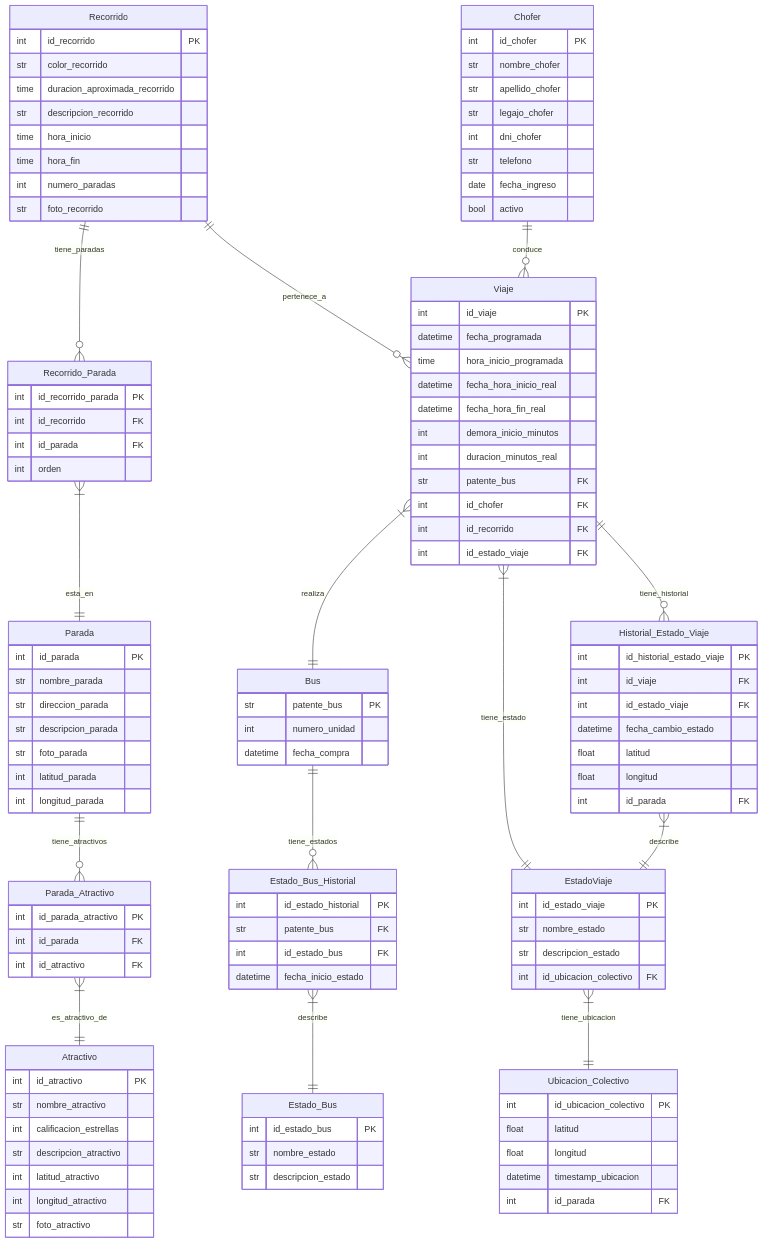
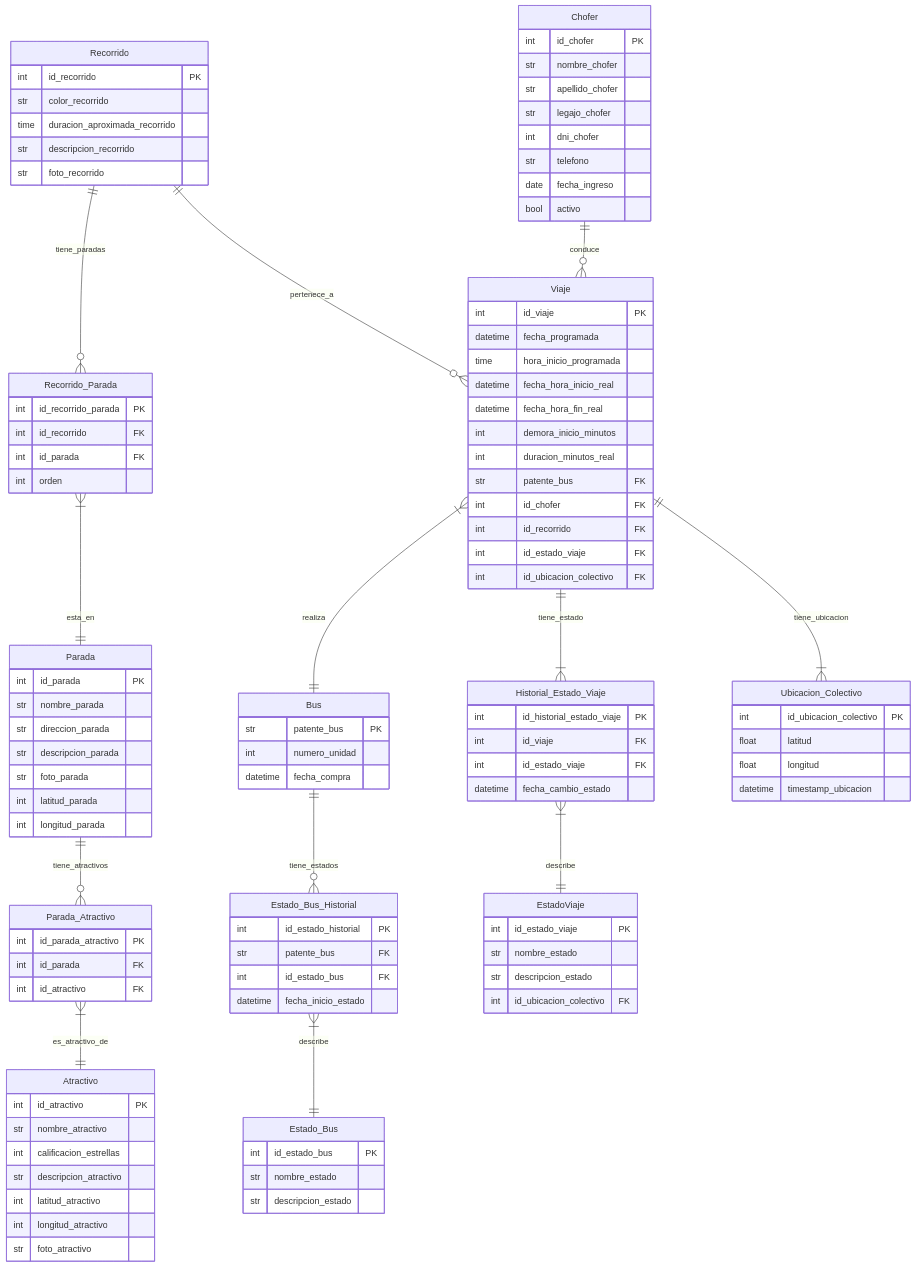
Before and after one commit to Villada-PG3/trabajo-practico-integrador-bus-turistico: the diagram in docs/er1.mmd, drawn with Mermaid. The commit also changed 11 other files, not shown here.

```diff
--- a/docs/er1.mmd
+++ b/docs/er1.mmd
@@ -1,129 +1,122 @@
 erDiagram
     Recorrido ||--o{ Recorrido_Parada : tiene_paradas
     Recorrido_Parada }|--|| Parada : esta_en
     Parada ||--o{ Parada_Atractivo : tiene_atractivos
     Parada_Atractivo }|--|| Atractivo : es_atractivo_de
 
     Bus ||--o{ Estado_Bus_Historial : tiene_estados
     Estado_Bus_Historial }|--|| Estado_Bus : describe
     Chofer ||--o{ Viaje : conduce
     Viaje }|--|| Bus : realiza
     Recorrido ||--o{ Viaje : pertenece_a
 
-    Viaje }|--|| EstadoViaje : tiene_estado 
-    EstadoViaje }|--|| Ubicacion_Colectivo : tiene_ubicacion
-    Viaje ||--o{ Historial_Estado_Viaje : tiene_historial
+    Viaje ||--|{ Historial_Estado_Viaje : tiene_estado 
+    Viaje ||--|{  Ubicacion_Colectivo : tiene_ubicacion
     Historial_Estado_Viaje }|--|| EstadoViaje : describe
 
     Recorrido {
         int id_recorrido PK
         str color_recorrido
         time duracion_aproximada_recorrido
         str descripcion_recorrido
-        time hora_inicio
-        time hora_fin 
-        int numero_paradas
         str foto_recorrido
     }
 
     Recorrido_Parada {
         int id_recorrido_parada PK
         int id_recorrido FK
         int id_parada FK
         int orden
     }
 
     Parada {
         int id_parada PK
         str nombre_parada
         str direccion_parada
         str descripcion_parada
         str foto_parada
         int latitud_parada
         int longitud_parada
     }
 
     Parada_Atractivo {
         int id_parada_atractivo PK
         int id_parada FK
         int id_atractivo FK
     }
 
     Atractivo {
         int id_atractivo PK
         str nombre_atractivo
         int calificacion_estrellas
         str descripcion_atractivo
         int latitud_atractivo
         int longitud_atractivo
         str foto_atractivo
     }
 
     Bus {
         str patente_bus PK
         int numero_unidad
         datetime fecha_compra
     
     }
 
     Estado_Bus {
         int id_estado_bus PK
         str nombre_estado
         str descripcion_estado
     }
 
     Estado_Bus_Historial {
         int id_estado_historial PK
         str patente_bus FK
         int id_estado_bus FK
         datetime fecha_inicio_estado
     }
 
     Chofer {
         int id_chofer PK
         str nombre_chofer
         str apellido_chofer
         str legajo_chofer
         int dni_chofer
         str telefono
         date fecha_ingreso
         bool activo
     }
 
     Viaje {
         int id_viaje PK
         datetime fecha_programada
         time hora_inicio_programada
         datetime fecha_hora_inicio_real
         datetime fecha_hora_fin_real
         int demora_inicio_minutos
         int duracion_minutos_real
         str patente_bus FK
         int id_chofer FK
         int id_recorrido FK
         int id_estado_viaje FK
+        int id_ubicacion_colectivo FK
     }
     EstadoViaje {
         int id_estado_viaje PK
         str nombre_estado
         str descripcion_estado
         int id_ubicacion_colectivo FK
     }
 
     Ubicacion_Colectivo {
         int id_ubicacion_colectivo PK
         float latitud
         float longitud
         datetime timestamp_ubicacion
-        int id_parada FK 
     }
 
     Historial_Estado_Viaje {
         int id_historial_estado_viaje PK
         int id_viaje FK
         int id_estado_viaje FK
         datetime fecha_cambio_estado
-        float latitud
-        float longitud
-        int id_parada FK 
     }
```
